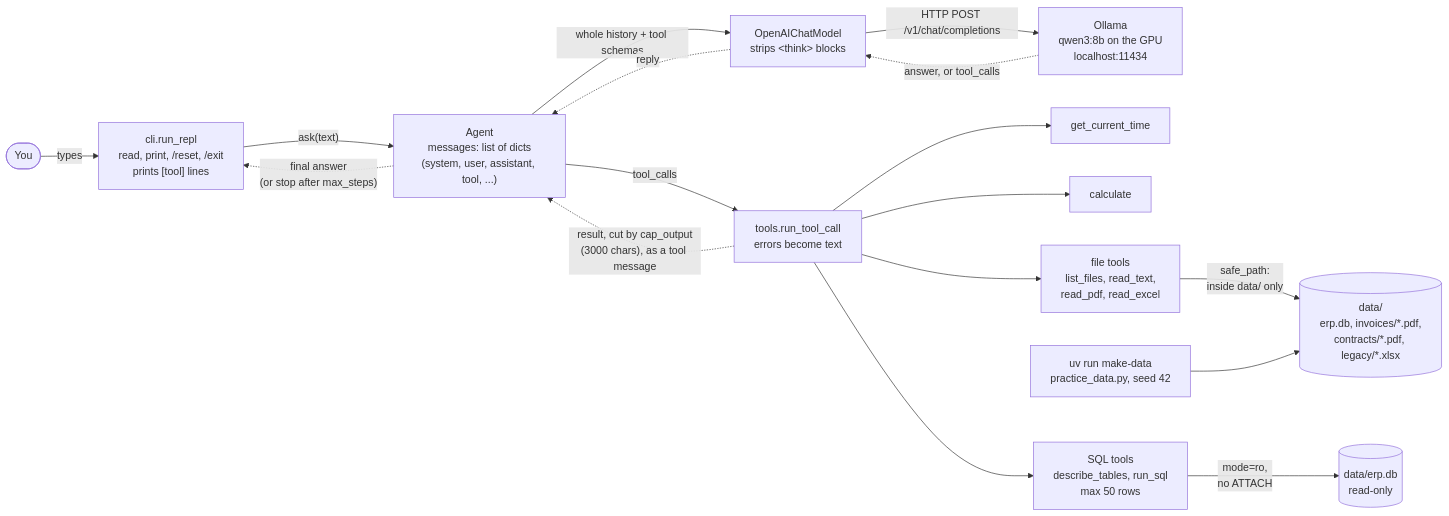
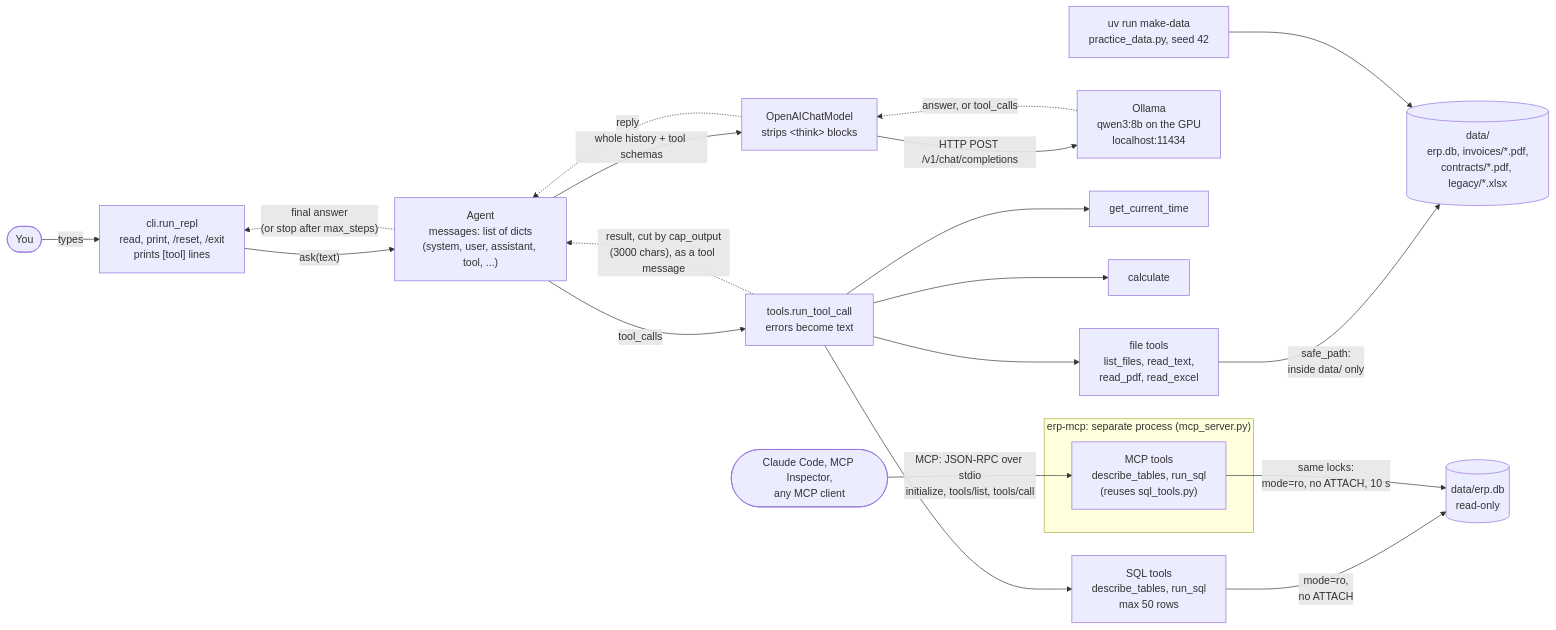
Before and after one commit to abilalakin/agent-harness-from-scratch: the diagram in docs/architecture.md, drawn with Mermaid. The commit also changed other lines of this file and 7 other files, not shown here.

Commit message:
feat: serve the ERP SQL tools over MCP

````diff
--- a/docs/architecture.md
+++ b/docs/architecture.md
@@ -5,20 +5,26 @@
 ```mermaid
 flowchart LR
     User([You]) -- types --> CLI["cli.run_repl<br/>read, print, /reset, /exit<br/>prints [tool] lines"]
     CLI -- "ask(text)" --> Agent["Agent<br/>messages: list of dicts<br/>(system, user, assistant, tool, ...)"]
     Agent -- "whole history + tool schemas" --> Model["OpenAIChatModel<br/>strips &lt;think&gt; blocks"]
     Model -- "HTTP POST /v1/chat/completions" --> Ollama["Ollama<br/>qwen3:8b on the GPU<br/>localhost:11434"]
     Ollama -. "answer, or tool_calls" .-> Model
     Model -. reply .-> Agent
     Agent -- "tool_calls" --> Runner["tools.run_tool_call<br/>errors become text"]
     Runner --> T1[get_current_time]
     Runner --> T2[calculate]
     Runner --> FT["file tools<br/>list_files, read_text,<br/>read_pdf, read_excel"]
     FT -- "safe_path:<br/>inside data/ only" --> Data
     Runner --> ST["SQL tools<br/>describe_tables, run_sql<br/>max 50 rows"]
     ST -- "mode=ro,<br/>no ATTACH" --> DB[("data/erp.db<br/>read-only")]
     Runner -. "result, cut by cap_output<br/>(3000 chars), as a tool message" .-> Agent
     Agent -. "final answer<br/>(or stop after max_steps)" .-> CLI
 
+    subgraph ErpMcp["erp-mcp: separate process (mcp_server.py)"]
+        McpTools["MCP tools<br/>describe_tables, run_sql<br/>(reuses sql_tools.py)"]
+    end
+    McpTools -- "same locks:<br/>mode=ro, no ATTACH, 10 s" --> DB
+    AnyClient(["Claude Code, MCP Inspector,<br/>any MCP client"]) -- "MCP: JSON-RPC over stdio<br/>initialize, tools/list, tools/call" --> McpTools
+
     MakeData["uv run make-data<br/>practice_data.py, seed 42"] --> Data[("data/<br/>erp.db, invoices/*.pdf,<br/>contracts/*.pdf, legacy/*.xlsx")]
 ```
````
